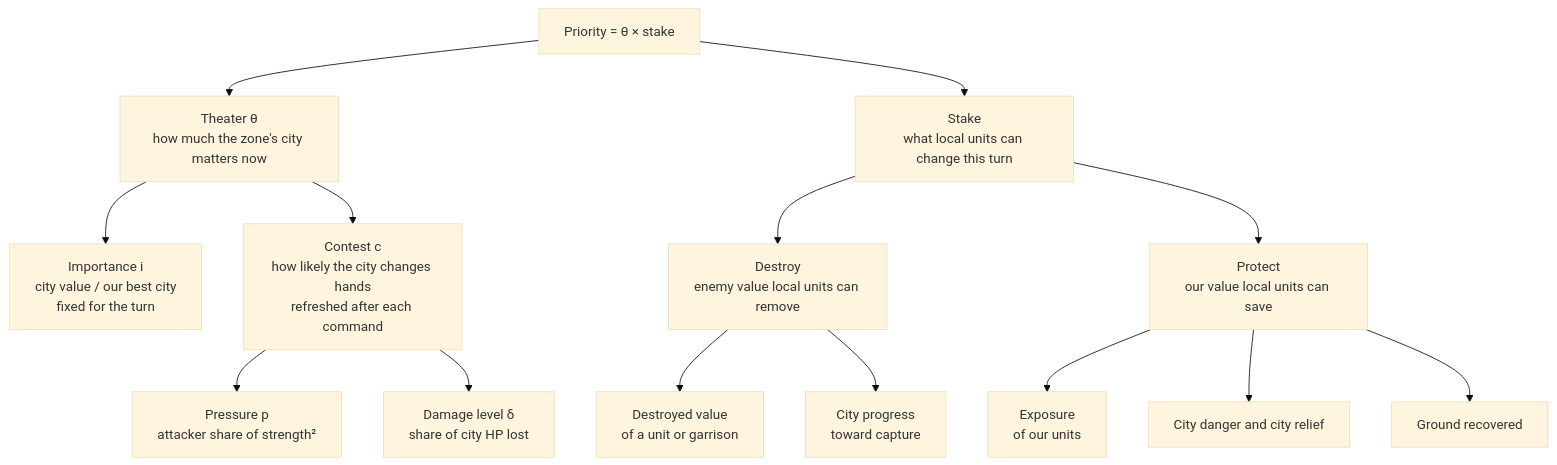
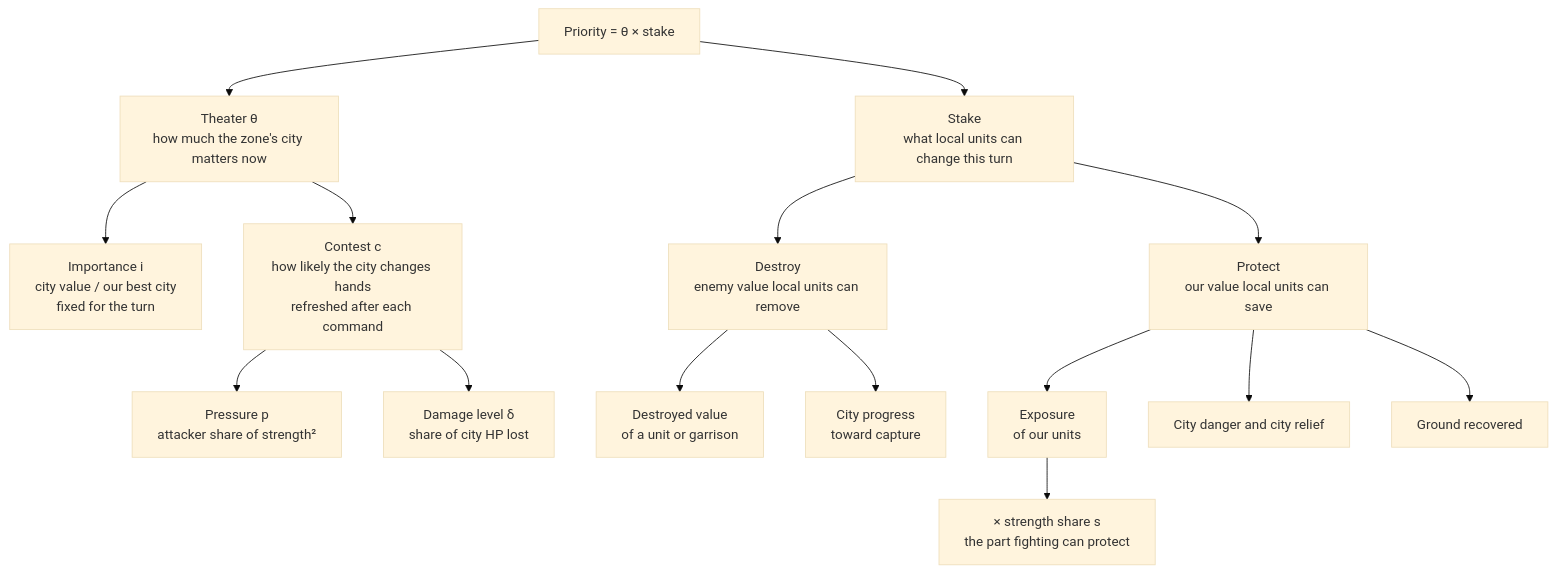
One commit to vox-deorum/vox-deorum changed the first of 2 diagrams in docs/developers/civ5-dll/unit-ai/commands/value.md. Above: the diagram before and after it, drawn with Mermaid (base theme). The commit also changed other lines of this file and 28 other files, not shown here.

````diff
--- a/docs/developers/civ5-dll/unit-ai/commands/value.md
+++ b/docs/developers/civ5-dll/unit-ai/commands/value.md
@@ -5,17 +5,18 @@
 ```mermaid
 flowchart TD
     P["Priority = θ × stake"]
     P --> T["Theater θ<br/>how much the zone's city matters now"]
     P --> S["Stake<br/>what local units can change this turn"]
     T --> I["Importance i<br/>city value / our best city<br/>fixed for the turn"]
     T --> C["Contest c<br/>how likely the city changes hands<br/>refreshed after each command"]
     C --> PR["Pressure p<br/>attacker share of strength²"]
     C --> DM["Damage level δ<br/>share of city HP lost"]
     S --> DE["Destroy<br/>enemy value local units can remove"]
     S --> PT["Protect<br/>our value local units can save"]
     DE --> K["Destroyed value<br/>of a unit or garrison"]
     DE --> CP["City progress<br/>toward capture"]
     PT --> EX["Exposure<br/>of our units"]
+    EX --> EXS["× strength share s<br/>the part fighting can protect"]
     PT --> CR["City danger and city relief"]
     PT --> GR["Ground recovered"]
 ```
````
